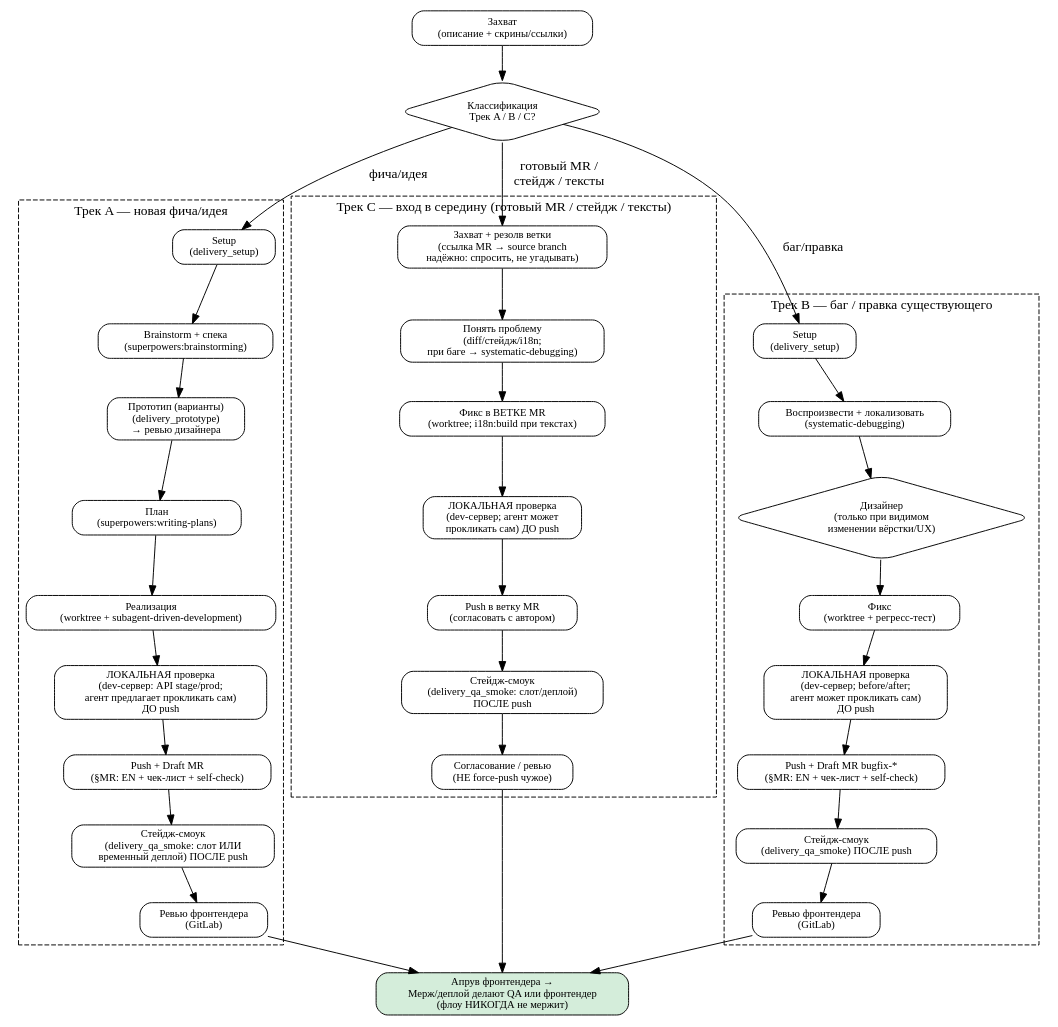
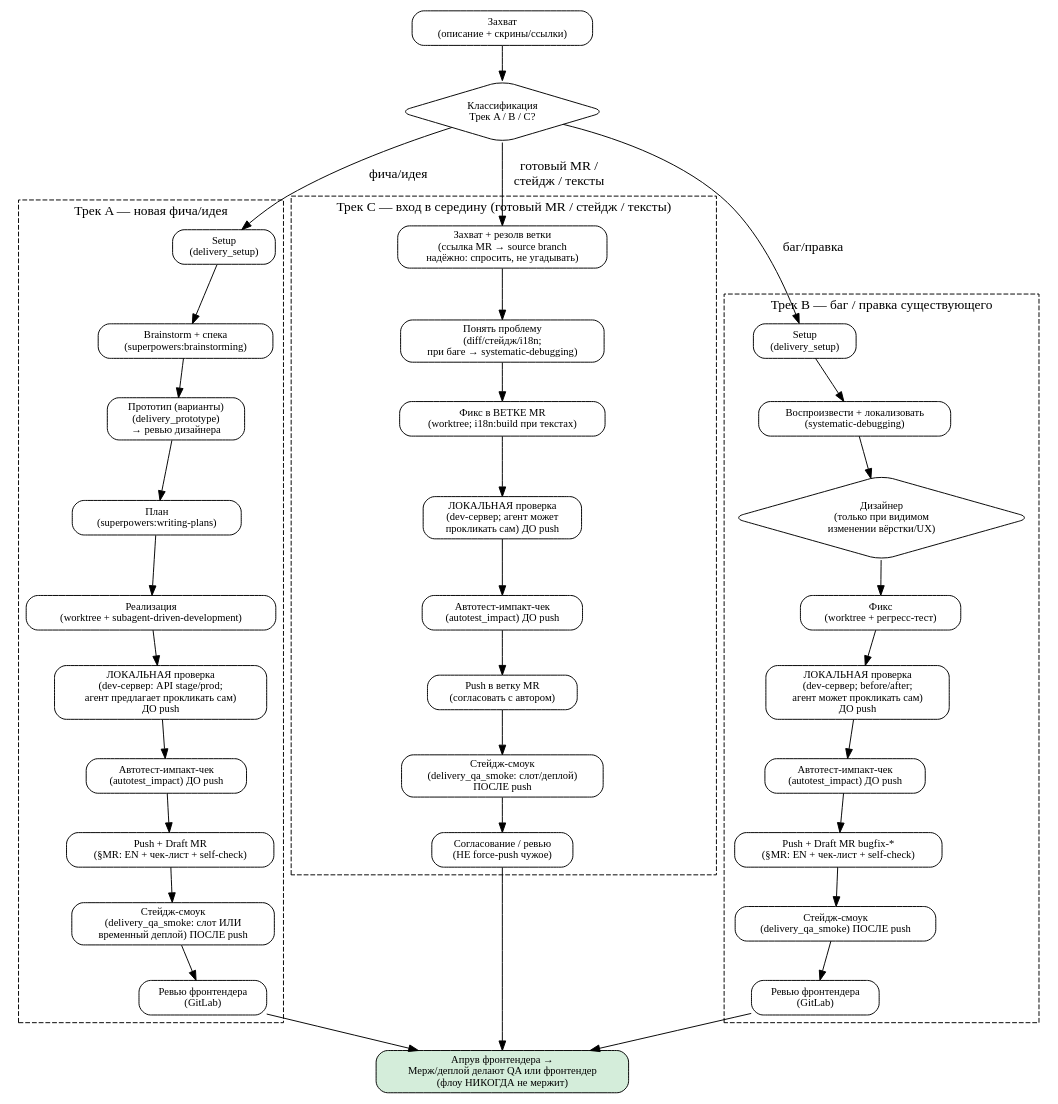
Before and after one commit to echangli/delivery-flow: the diagram in plugins/delivery/skills/delivery_orchestrator/SKILL.md, drawn with Graphviz. The commit also changed other lines of this file and 5 other files, not shown here.

First line of the commit message:
Add autotest_impact skill for e2e impact detection

````diff
--- a/plugins/delivery/skills/delivery_orchestrator/SKILL.md
+++ b/plugins/delivery/skills/delivery_orchestrator/SKILL.md
@@ -69,61 +69,64 @@
 ```dot
 digraph delivery {
   rankdir=TB;
   node [shape=box, style=rounded, fontsize=11];
 
   capture    [label="Захват\n(описание + скрины/ссылки)"];
   classify   [label="Классификация\nТрек A / B / C?", shape=diamond];
 
   subgraph cluster_a {
     label="Трек A — новая фича/идея";
     style=dashed;
     a0 [label="Setup\n(delivery_setup)"];
     a1 [label="Brainstorm + спека\n(superpowers:brainstorming)"];
     a2 [label="Прототип (варианты)\n(delivery_prototype)\n→ ревью дизайнера"];
     a3 [label="План\n(superpowers:writing-plans)"];
     a4 [label="Реализация\n(worktree + subagent-driven-development)"];
     a5 [label="ЛОКАЛЬНАЯ проверка\n(dev-сервер: API stage/prod;\nагент предлагает прокликать сам)\nДО push"];
+    a5b [label="Автотест-импакт-чек\n(autotest_impact) ДО push"];
     a6 [label="Push + Draft MR\n(§MR: EN + чек-лист + self-check)"];
     a7 [label="Стейдж-смоук\n(delivery_qa_smoke: слот ИЛИ\nвременный деплой) ПОСЛЕ push"];
     a8 [label="Ревью фронтендера\n(GitLab)"];
-    a0 -> a1 -> a2 -> a3 -> a4 -> a5 -> a6 -> a7 -> a8;
+    a0 -> a1 -> a2 -> a3 -> a4 -> a5 -> a5b -> a6 -> a7 -> a8;
   }
 
   subgraph cluster_b {
     label="Трек B — баг / правка существующего";
     style=dashed;
     b0 [label="Setup\n(delivery_setup)"];
     b1 [label="Воспроизвести + локализовать\n(systematic-debugging)"];
     b2 [label="Дизайнер\n(только при видимом\nизменении вёрстки/UX)", shape=diamond];
     b3 [label="Фикс\n(worktree + регресс-тест)"];
     b4 [label="ЛОКАЛЬНАЯ проверка\n(dev-сервер; before/after;\nагент может прокликать сам)\nДО push"];
+    b4b [label="Автотест-импакт-чек\n(autotest_impact) ДО push"];
     b5 [label="Push + Draft MR bugfix-*\n(§MR: EN + чек-лист + self-check)"];
     b6 [label="Стейдж-смоук\n(delivery_qa_smoke) ПОСЛЕ push"];
     b7 [label="Ревью фронтендера\n(GitLab)"];
-    b0 -> b1 -> b2 -> b3 -> b4 -> b5 -> b6 -> b7;
+    b0 -> b1 -> b2 -> b3 -> b4 -> b4b -> b5 -> b6 -> b7;
   }
 
   subgraph cluster_c {
     label="Трек C — вход в середину (готовый MR / стейдж / тексты)";
     style=dashed;
     c0 [label="Захват + резолв ветки\n(ссылка MR → source branch\nнадёжно: спросить, не угадывать)"];
     c1 [label="Понять проблему\n(diff/стейдж/i18n;\nпри баге → systematic-debugging)"];
     c2 [label="Фикс в ВЕТКЕ MR\n(worktree; i18n:build при текстах)"];
     c3 [label="ЛОКАЛЬНАЯ проверка\n(dev-сервер; агент может\nпрокликать сам) ДО push"];
+    c3b [label="Автотест-импакт-чек\n(autotest_impact) ДО push"];
     c4 [label="Push в ветку MR\n(согласовать с автором)"];
     c5 [label="Стейдж-смоук\n(delivery_qa_smoke: слот/деплой)\nПОСЛЕ push"];
     c6 [label="Согласование / ревью\n(НЕ force-push чужое)"];
-    c0 -> c1 -> c2 -> c3 -> c4 -> c5 -> c6;
+    c0 -> c1 -> c2 -> c3 -> c3b -> c4 -> c5 -> c6;
   }
 
   terminal [label="Апрув фронтендера →\nМерж/деплой делают QA или фронтендер\n(флоу НИКОГДА не мержит)", shape=box, style="rounded,filled", fillcolor="#d4edda"];
 
   capture -> classify;
   classify -> a0 [label="фича/идея"];
   classify -> b0 [label="баг/правка"];
   classify -> c0 [label="готовый MR /\nстейдж / тексты"];
   a8 -> terminal;
   b7 -> terminal;
   c6 -> terminal;
 }
 ```
````
